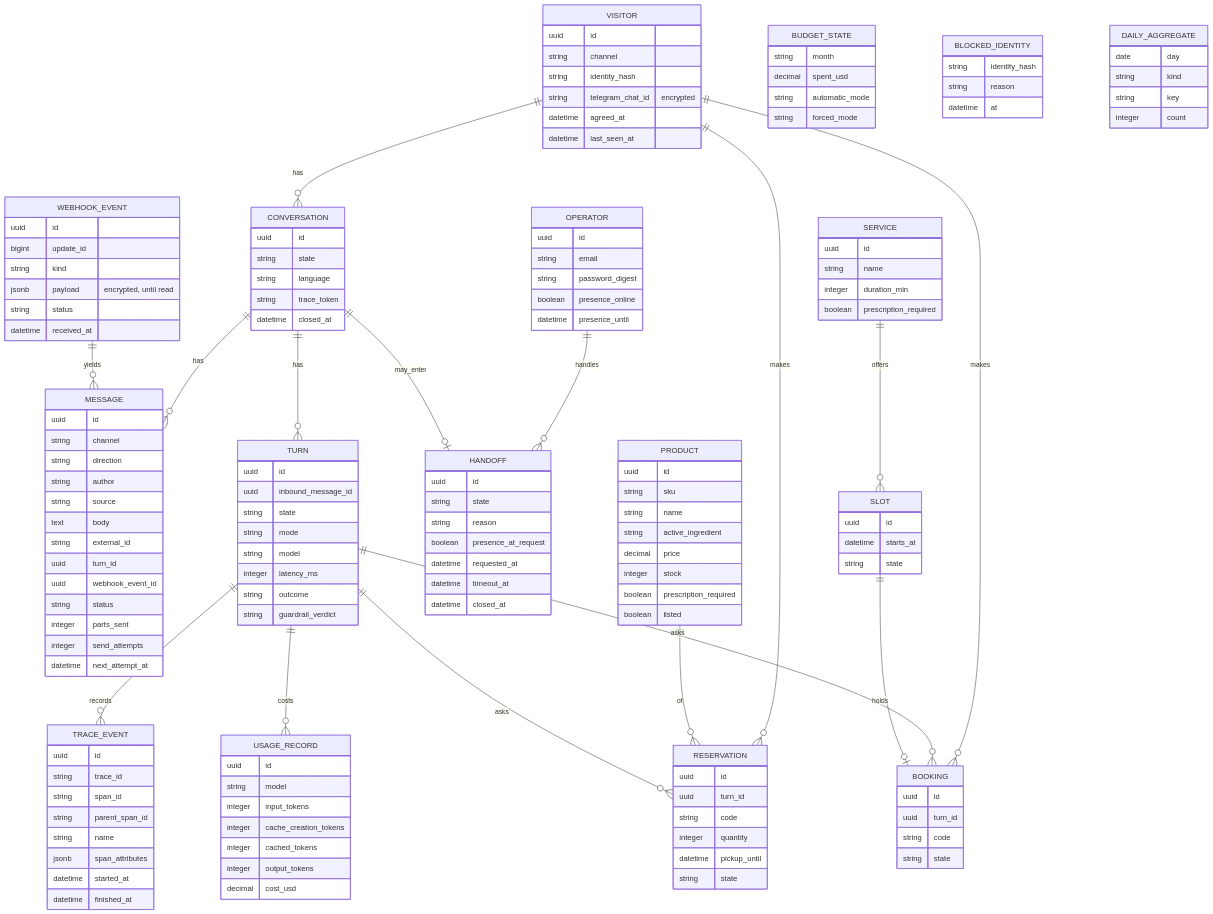
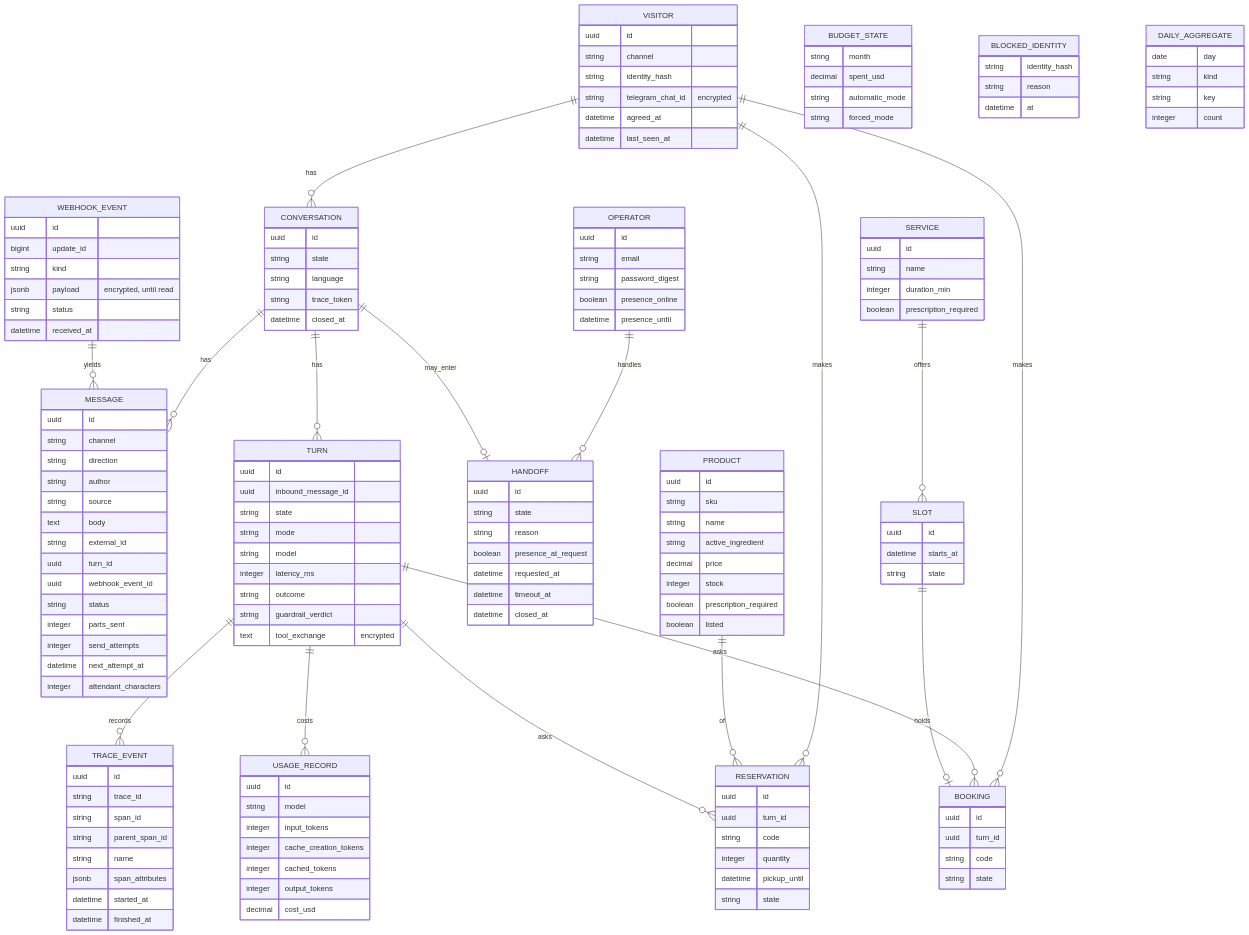
One commit to rafa-el-souza/balcao changed the third of 3 diagrams in docs/design.md. Above: the diagram before and after it, drawn with Mermaid. The commit also changed other lines of this file and 2 other files, not shown here.

```diff
--- a/docs/design.md
+++ b/docs/design.md
@@ -1349,6 +1363,7 @@
     integer parts_sent
     integer send_attempts
     datetime next_attempt_at
+    integer attendant_characters
   }
   TURN {
     uuid id
@@ -1359,6 +1374,7 @@
     integer latency_ms
     string outcome
     string guardrail_verdict
+    text tool_exchange "encrypted"
   }
   WEBHOOK_EVENT {
     uuid id
```
